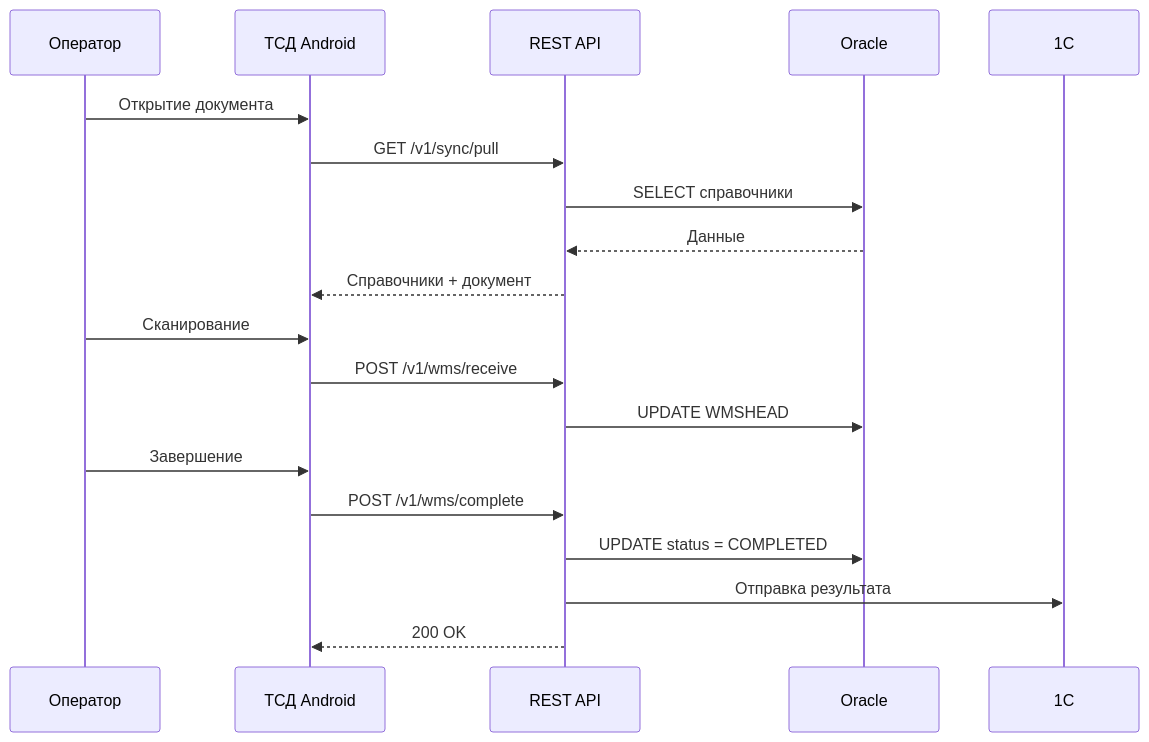
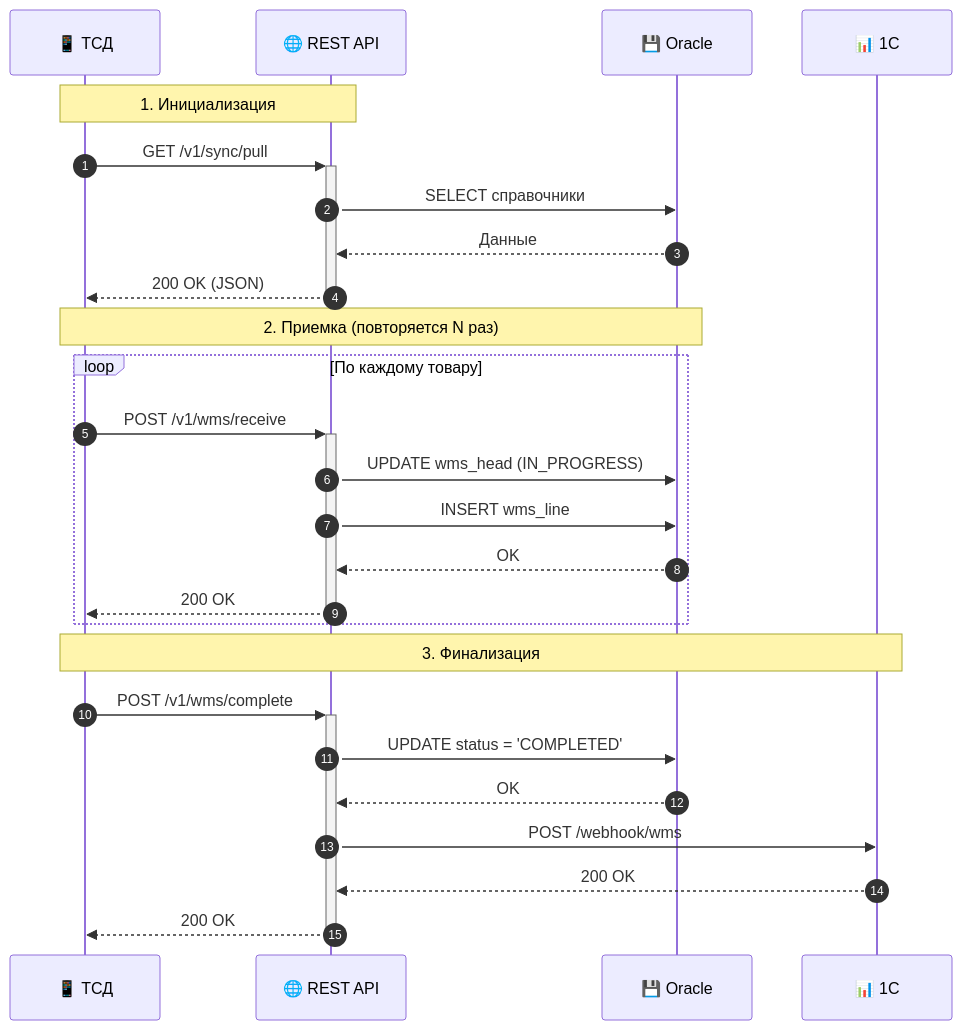
One commit to polushindn-art/oralce-api changed the second of 4 diagrams in src/main/resources/markdown/Tech_spec/Tech_Spec.md. Above: the diagram before and after it, drawn with Mermaid. The commit also changed other lines of this file and 3 other files, not shown here.

````diff
--- a/src/main/resources/markdown/Tech_spec/Tech_Spec.md
+++ b/src/main/resources/markdown/Tech_spec/Tech_Spec.md
@@ -344,22 +355,31 @@
 ```mermaid
 sequenceDiagram
-    participant Operator as Оператор
-    participant TSD as ТСД Android
-    participant REST as REST API
-    participant Oracle as Oracle
-    participant OneC as 1С
+   autonumber
+   participant TSD as 📱 ТСД
+   participant API as 🌐 REST API
+   participant DB as 💾 Oracle
+   participant ERP as 📊 1С
 
-    Operator->>TSD: Открытие документа
-    TSD->>REST: GET /v1/sync/pull
-    REST->>Oracle: SELECT справочники
-    Oracle-->>REST: Данные
-    REST-->>TSD: Справочники + документ
-    Operator->>TSD: Сканирование
-    TSD->>REST: POST /v1/wms/receive
-    REST->>Oracle: UPDATE WMSHEAD
-    Operator->>TSD: Завершение
-    TSD->>REST: POST /v1/wms/complete
-    REST->>Oracle: UPDATE status = COMPLETED
-    REST->>OneC: Отправка результата
-    REST-->>TSD: 200 OK
+   Note over TSD,API: 1. Инициализация
+   TSD->>+API: GET /v1/sync/pull
+   API->>DB: SELECT справочники
+   DB-->>API: Данные
+   API-->>-TSD: 200 OK (JSON)
+
+   Note over TSD,DB: 2. Приемка (повторяется N раз)
+   loop По каждому товару
+      TSD->>+API: POST /v1/wms/receive
+      API->>DB: UPDATE wms_head (IN_PROGRESS)
+      API->>DB: INSERT wms_line
+      DB-->>API: OK
+      API-->>-TSD: 200 OK
+   end
+
+   Note over TSD,ERP: 3. Финализация
+   TSD->>+API: POST /v1/wms/complete
+   API->>DB: UPDATE status = 'COMPLETED'
+   DB-->>API: OK
+   API->>ERP: POST /webhook/wms
+   ERP-->>API: 200 OK
+   API-->>-TSD: 200 OK
 ```
````
